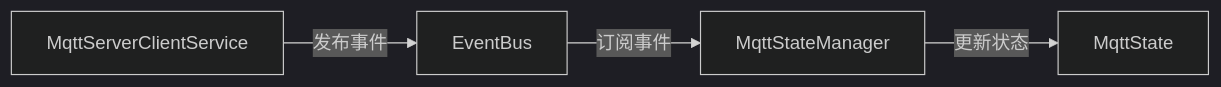
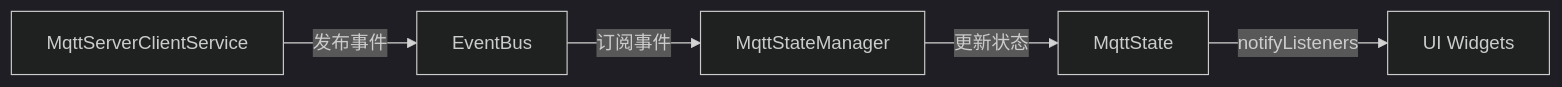
The first of 2 diagrams in provider/provider_mode/README.md (Soullose/flutter_state_manage_study), drawn with Mermaid (dark theme) before and after one commit. The commit also changed other lines of this file and 24 other files, not shown here.

````diff
--- a/provider/provider_mode/README.md
+++ b/provider/provider_mode/README.md
@@ -134,6 +154,7 @@
 ```mermaid
 graph LR
     A[MqttServerClientService] -->|发布事件| B[EventBus]
     B -->|订阅事件| C[MqttStateManager]
     C -->|更新状态| D[MqttState]
+    D -->|notifyListeners| E[UI Widgets]
 ```
````
